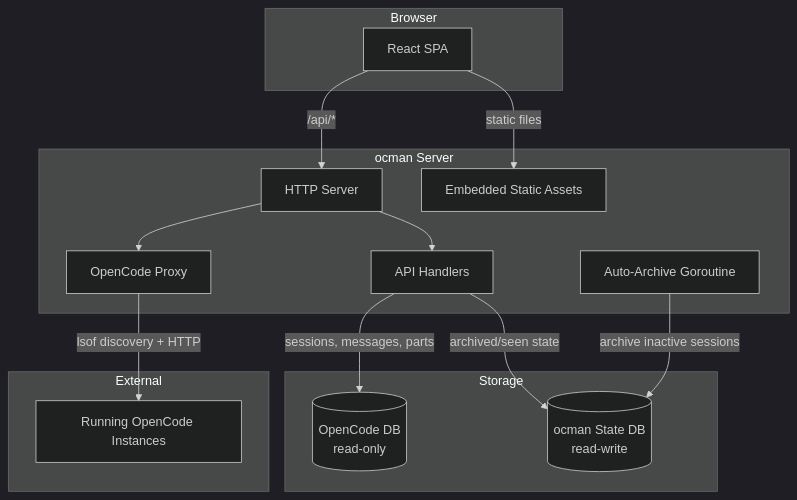
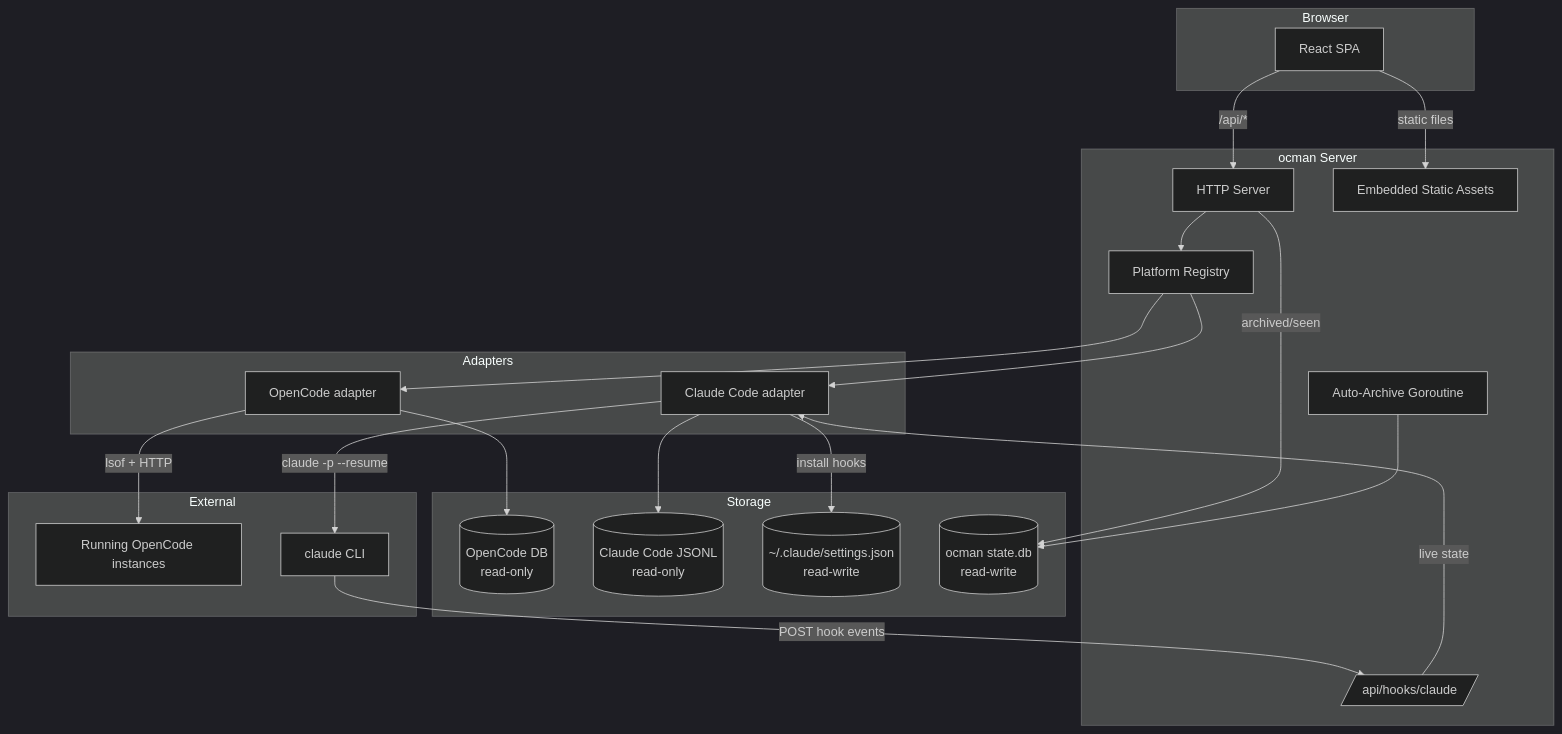
Before and after one commit to ocman/ocman: the diagram in README.md, drawn with Mermaid (dark theme). The commit also changed other lines of this file and 4 other files, not shown here.

````diff
--- a/README.md
+++ b/README.md
@@ -12,32 +32,46 @@
 ```mermaid
 graph TD
     subgraph Browser
         SPA[React SPA]
     end
 
     subgraph ocman Server
         HTTP[HTTP Server]
         Static[Embedded Static Assets]
-        API[API Handlers]
-        Proxy[OpenCode Proxy]
+        Registry[Platform Registry]
+        Hooks[/api/hooks/claude/]
         Archive[Auto-Archive Goroutine]
+    end
+
+    subgraph Adapters
+        OCAd[OpenCode adapter]
+        CCAd[Claude Code adapter]
     end
 
     subgraph Storage
         OC_DB[(OpenCode DB<br/>read-only)]
-        State_DB[(ocman State DB<br/>read-write)]
+        CC_JSONL[(Claude Code JSONL<br/>read-only)]
+        CC_Settings[(~/.claude/settings.json<br/>read-write)]
+        State_DB[(ocman state.db<br/>read-write)]
     end
 
     subgraph External
-        OC[Running OpenCode Instances]
+        OC[Running OpenCode instances]
+        Claude[claude CLI]
     end
 
     SPA -->|/api/*| HTTP
     SPA -->|static files| Static
-    HTTP --> API
-    HTTP --> Proxy
-    API -->|sessions, messages, parts| OC_DB
-    API -->|archived/seen state| State_DB
-    Archive -->|archive inactive sessions| State_DB
-    Proxy -->|lsof discovery + HTTP| OC
+    HTTP --> Registry
+    Registry --> OCAd
+    Registry --> CCAd
+    OCAd --> OC_DB
+    OCAd -->|lsof + HTTP| OC
+    CCAd --> CC_JSONL
+    CCAd -->|install hooks| CC_Settings
+    CCAd -->|claude -p --resume| Claude
+    Hooks -->|live state| CCAd
+    Claude -->|POST hook events| Hooks
+    HTTP -->|archived/seen| State_DB
+    Archive --> State_DB
 ```
````
